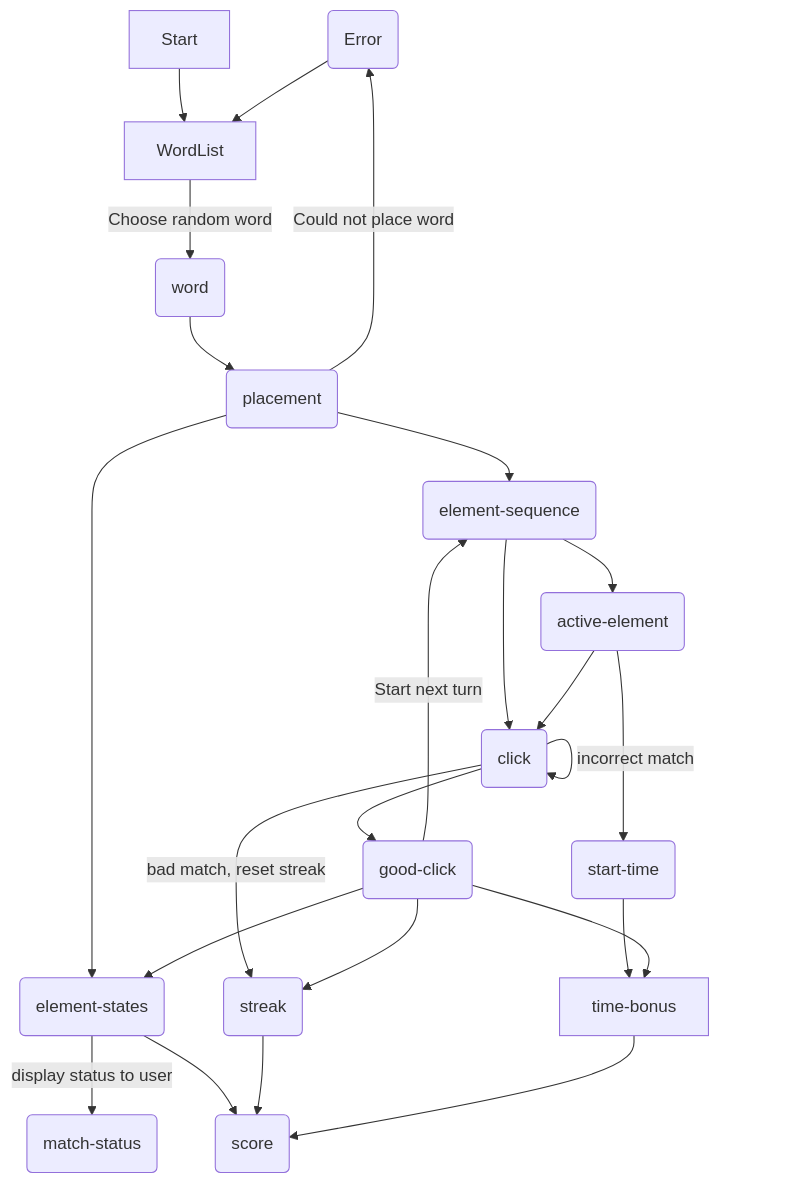
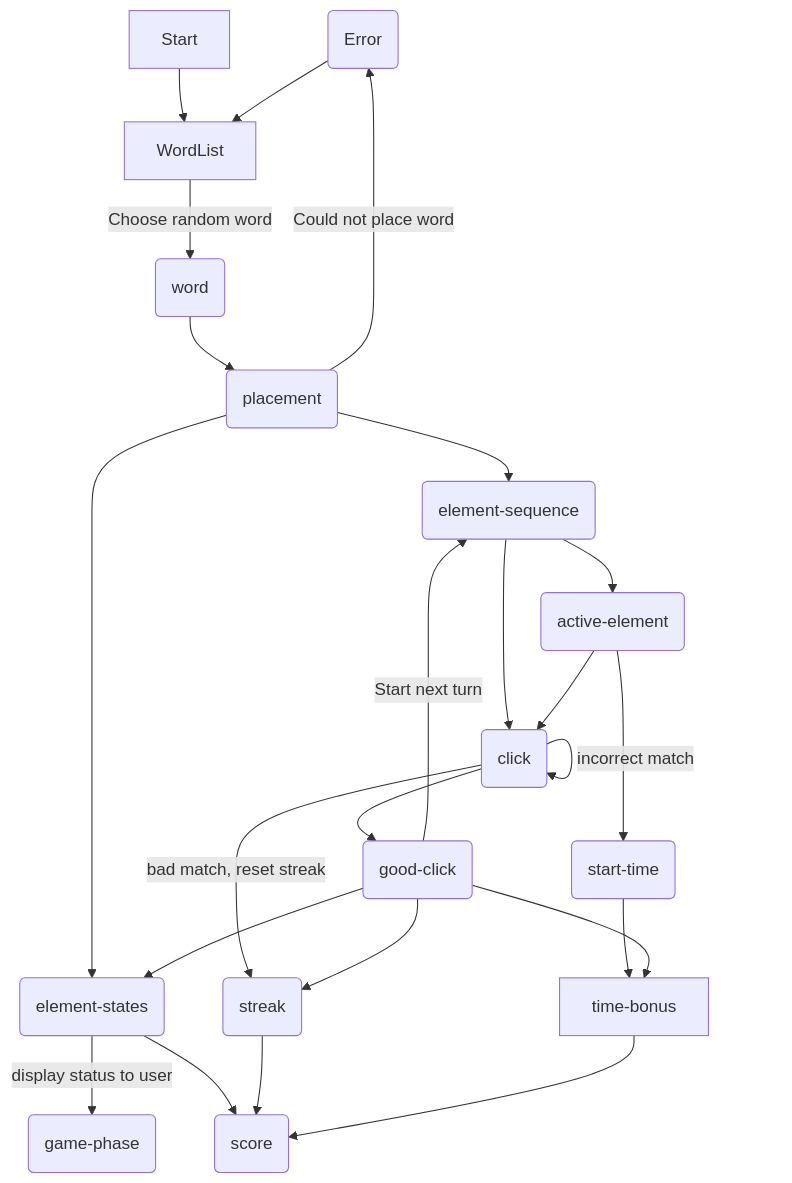
The second of 2 diagrams in README.md (Hewitt-Learning/Hewitt-Chemistry-Games-Compound-Decoder), drawn with Mermaid before and after one commit. The commit also changed other lines of this file, not shown here.

````diff
--- a/README.md
+++ b/README.md
@@ -91,38 +92,38 @@
 ```mermaid
 graph TD
     %% define word & place on periodic table
     State0(Error)
     Start --> WordList
     WordList -- Choose random word --> State1(word) 
     State1 --> State2(placement) --> State3(element-states)
     State2 -- Could not place word --> State0
     State0 --> WordList
 
     %% word has been placed on table, begin game setup
     State2 --> State4(element-sequence)
     State4 --> State5(active-element)
     State5  ---> State10(start-time)
     State10  --> time-bonus
 
     %% Game has been setup, handle if a click is good or bad
     State4 --> State6(click)
     State6 -- incorrect match --> State6
     State6 -- bad match, reset streak --> State9
     State6 --> Click2(good-click)
     State5 --> State6
     Click2 --> State3
     Click2 --> time-bonus
-    State3 -- display status to user --> State7(match-status)
+    State3 -- display status to user --> State7(game-phase)
 
     %% Determine scoring
     %% Score is added to if match attempt is good, and is broken into
     %% Base points per correct match, streak bonus, and time bonus
     State3 --> State8(score)
     Click2 --> State9(streak) 
     State9 --> State8 
     time-bonus --> State8
 
     Click2 -- Start next turn --> State4
 
 
 ```
````
